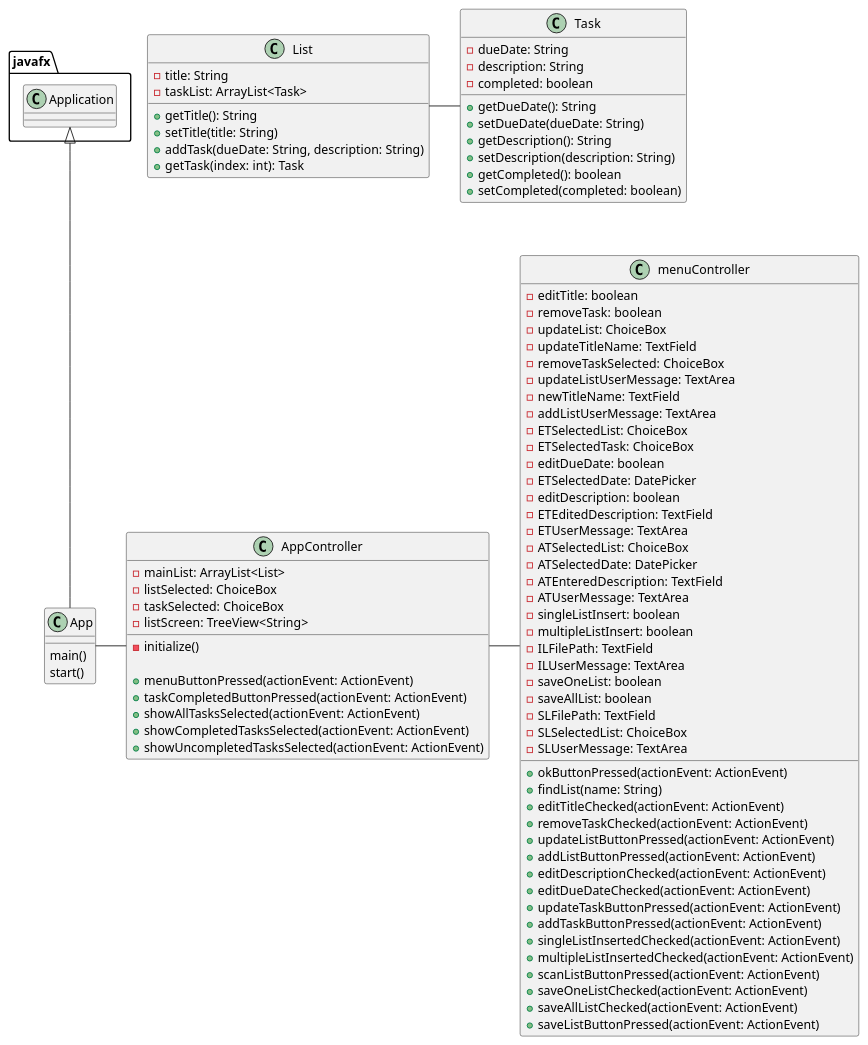
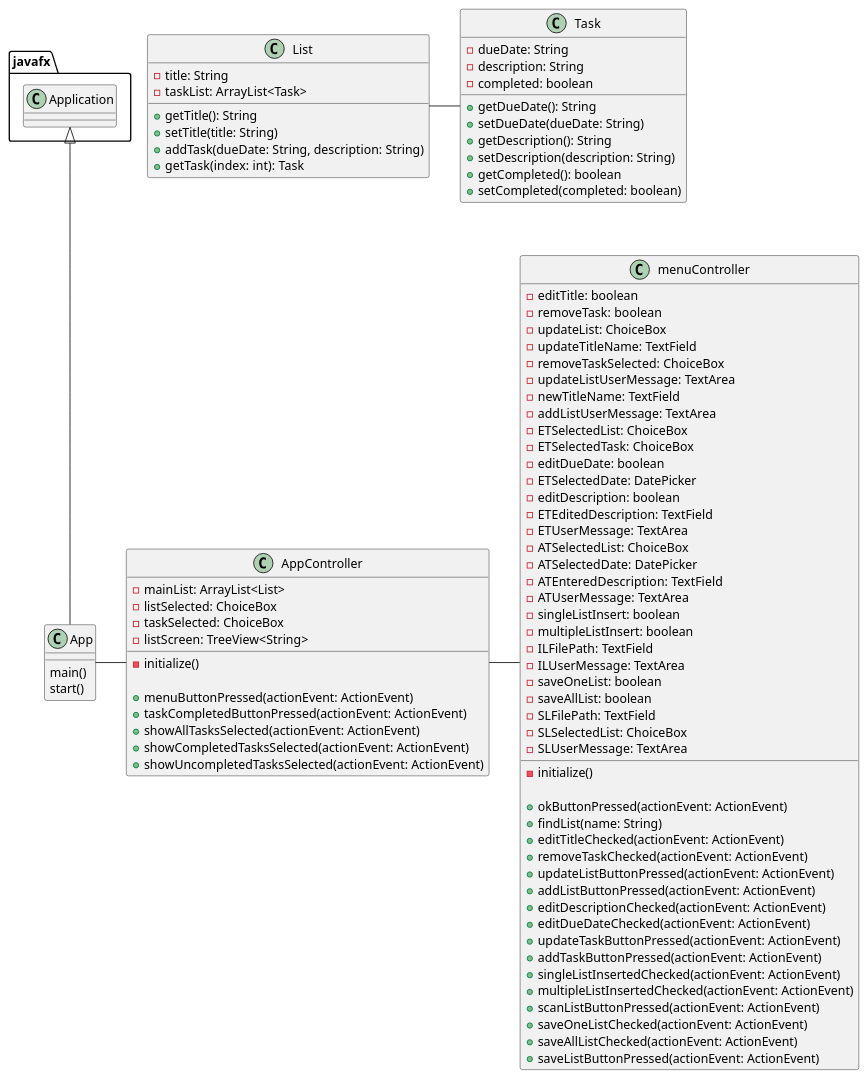
The diagram in uml/AppDiagram.puml (ashley-m0/OOP-Assignment4), drawn with PlantUML before and after one commit. The commit also changed 4 other files, not shown here.

```diff
--- a/uml/AppDiagram.puml
+++ b/uml/AppDiagram.puml
@@ -1,101 +1,102 @@
 @startuml
 'https://plantuml.com/sequence-diagram
 
 class App{
     main()
     start()
 }
 
 class AppController{
     - mainList: ArrayList<List>
     - listSelected: ChoiceBox
     - taskSelected: ChoiceBox
     - listScreen: TreeView<String>
     - initialize()
 
     + menuButtonPressed(actionEvent: ActionEvent)
     + taskCompletedButtonPressed(actionEvent: ActionEvent)
     + showAllTasksSelected(actionEvent: ActionEvent)
     + showCompletedTasksSelected(actionEvent: ActionEvent)
     + showUncompletedTasksSelected(actionEvent: ActionEvent)
 
 }
 
 class List{
     - title: String
     - taskList: ArrayList<Task>
 
     + getTitle(): String
     + setTitle(title: String)
     + addTask(dueDate: String, description: String)
     + getTask(index: int): Task
 }
 
 class menuController{
 
     - editTitle: boolean
     - removeTask: boolean
     - updateList: ChoiceBox
     - updateTitleName: TextField
     - removeTaskSelected: ChoiceBox
     - updateListUserMessage: TextArea
     - newTitleName: TextField
     - addListUserMessage: TextArea
     - ETSelectedList: ChoiceBox
     - ETSelectedTask: ChoiceBox
     - editDueDate: boolean
     - ETSelectedDate: DatePicker
     - editDescription: boolean
     - ETEditedDescription: TextField
     - ETUserMessage: TextArea
     - ATSelectedList: ChoiceBox
     - ATSelectedDate: DatePicker
     - ATEnteredDescription: TextField
     - ATUserMessage: TextArea
     - singleListInsert: boolean
     - multipleListInsert: boolean
     - ILFilePath: TextField
     - ILUserMessage: TextArea
     - saveOneList: boolean
     - saveAllList: boolean
     - SLFilePath: TextField
     - SLSelectedList: ChoiceBox
     - SLUserMessage: TextArea
+    - initialize()
 
     + okButtonPressed(actionEvent: ActionEvent)
     + findList(name: String)
     + editTitleChecked(actionEvent: ActionEvent)
     + removeTaskChecked(actionEvent: ActionEvent)
     + updateListButtonPressed(actionEvent: ActionEvent)
     + addListButtonPressed(actionEvent: ActionEvent)
     + editDescriptionChecked(actionEvent: ActionEvent)
     + editDueDateChecked(actionEvent: ActionEvent)
     + updateTaskButtonPressed(actionEvent: ActionEvent)
     + addTaskButtonPressed(actionEvent: ActionEvent)
     + singleListInsertedChecked(actionEvent: ActionEvent)
     + multipleListInsertedChecked(actionEvent: ActionEvent)
     + scanListButtonPressed(actionEvent: ActionEvent)
     + saveOneListChecked(actionEvent: ActionEvent)
     + saveAllListChecked(actionEvent: ActionEvent)
     + saveListButtonPressed(actionEvent: ActionEvent)
 }
 
 class Task{
     - dueDate: String
     - description: String
     - completed: boolean
 
     + getDueDate(): String
     + setDueDate(dueDate: String)
     + getDescription(): String
     + setDescription(description: String)
     + getCompleted(): boolean
     + setCompleted(completed: boolean)
 }
 
 javafx.Application <|-- App
 
 App -  AppController
 AppController - menuController
 List - Task
 @enduml
```
